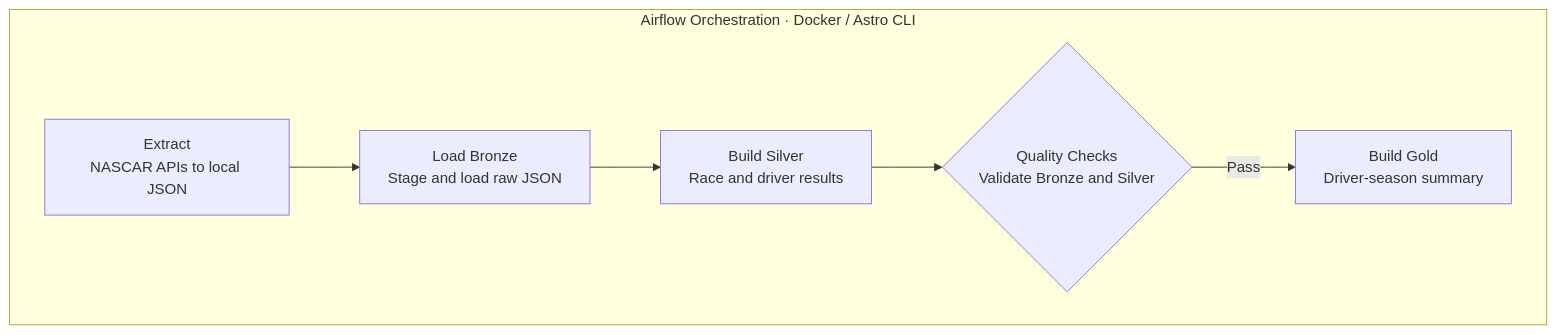
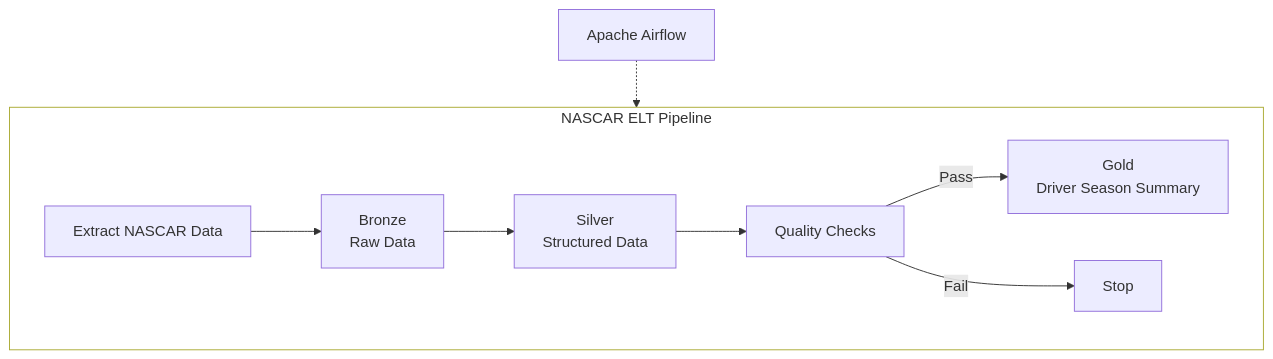
The diagram in README.md (johnmoses137/nascar-race-elt), drawn with Mermaid before and after one commit.

Commit message:
docs: simplify NASCAR pipeline architecture diagram

````diff
--- a/README.md
+++ b/README.md
@@ -22,14 +22,16 @@
 ```mermaid
-flowchart LR
-    subgraph AF["Airflow Orchestration · Docker / Astro CLI"]
+flowchart TB
+    AF["Apache Airflow"]
+    AF -.-> PIPELINE
+
+    subgraph PIPELINE["NASCAR ELT Pipeline"]
         direction LR
-        E["Extract<br/>NASCAR APIs to local JSON"]
-        B["Load Bronze<br/>Stage and load raw JSON"]
-        S["Build Silver<br/>Race and driver results"]
-        Q{"Quality Checks<br/>Validate Bronze and Silver"}
-        G["Build Gold<br/>Driver-season summary"]
+        E["Extract NASCAR Data"] --> B["Bronze<br/>Raw Data"]
+        B --> S["Silver<br/>Structured Data"]
+        S --> Q["Quality Checks"]
+        Q -->|Pass| G["Gold<br/>Driver Season Summary"]
+        Q -->|Fail| STOP["Stop"]
+    end
 
-        E --> B --> S --> Q
-        Q -->|Pass| G
-    end
+    style PIPELINE fill:transparent
 ```
````
